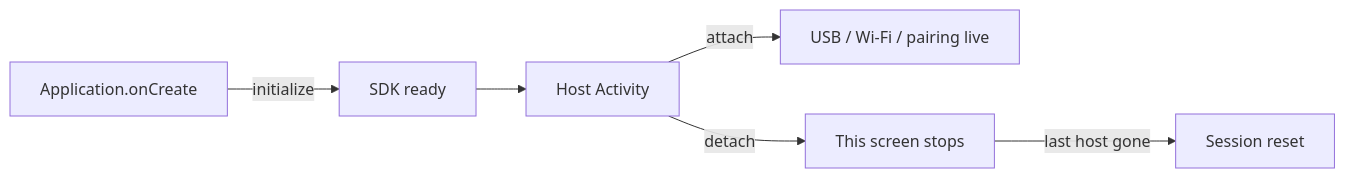
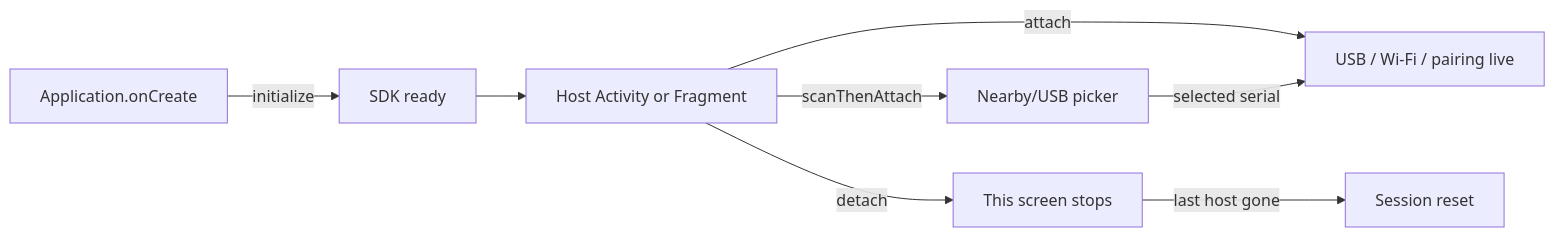
Before and after one commit to jatinsinghsatija/Provisioner-Jatt-SDK: the diagram in README.md, drawn with Mermaid. The commit also changed other lines of this file and 74 other files, not shown here.

````diff
--- a/README.md
+++ b/README.md
@@ -49,8 +41,10 @@
-```mermaid id="jhrv7d"
+```mermaid
 flowchart LR
   A[Application.onCreate] -->|initialize| B[SDK ready]
-  B --> C[Host Activity]
+  B --> C[Host Activity or Fragment]
   C -->|attach| D[USB / Wi-Fi / pairing live]
+  C -->|scanThenAttach| P[Nearby/USB picker]
+  P -->|selected serial| D
   C -->|detach| E[This screen stops]
   E -->|last host gone| F[Session reset]
 ```
````
